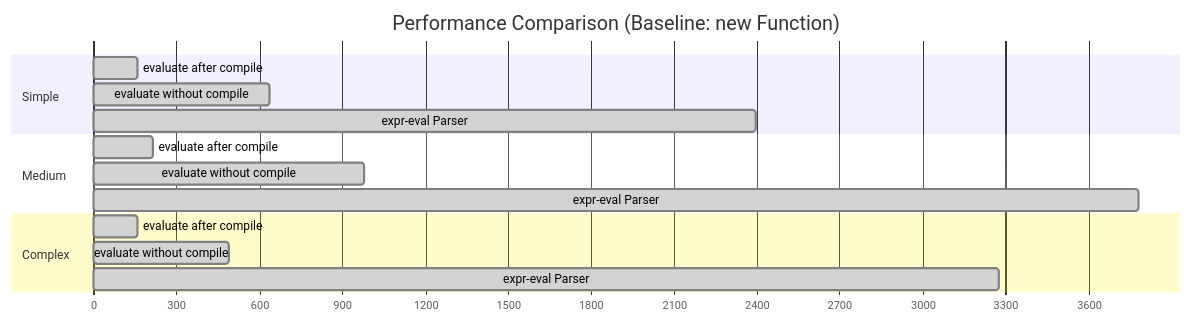
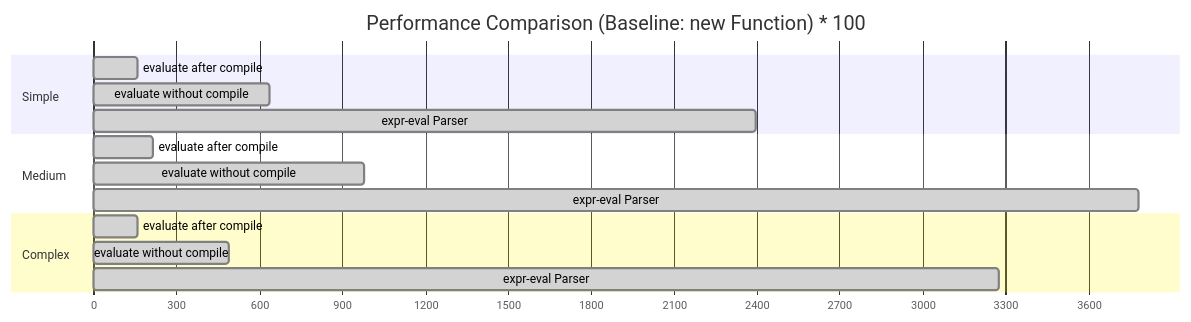
One commit to antvis/expr changed the diagram in README.md. Above: the diagram before and after it, drawn with Mermaid. The commit also changed 2 other files, not shown here.

Commit message:
fix: ci (#23)
* fix: mermaid bar graph

* fix: ci

````diff
--- a/README.md
+++ b/README.md
@@ -187,21 +187,21 @@
 ```mermaid
 gantt
-    title Performance Comparison (Baseline: new Function)
+    title Performance Comparison (Baseline: new Function) * 100
     dateFormat  X
     axisFormat %s
 
     section Simple
     evaluate after compile    :done, 0, 159
     evaluate without compile  :done, 0, 636
     expr-eval Parser          :done, 0, 2394
 
     section Medium
     evaluate after compile    :done, 0, 216
     evaluate without compile  :done, 0, 981
     expr-eval Parser          :done, 0, 3781
 
     section Complex
     evaluate after compile    :done, 0, 159
     evaluate without compile  :done, 0, 489
     expr-eval Parser          :done, 0, 3274
 ```
````
